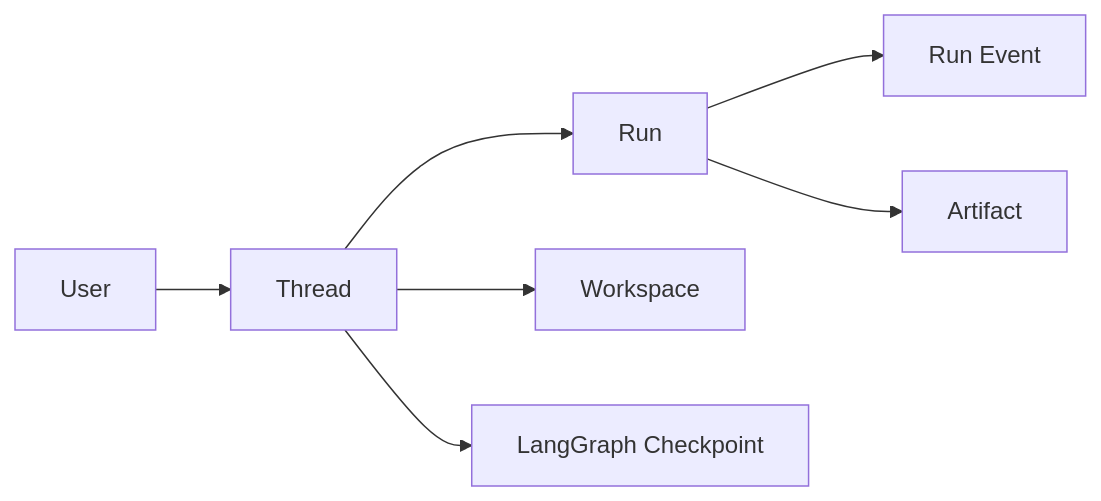
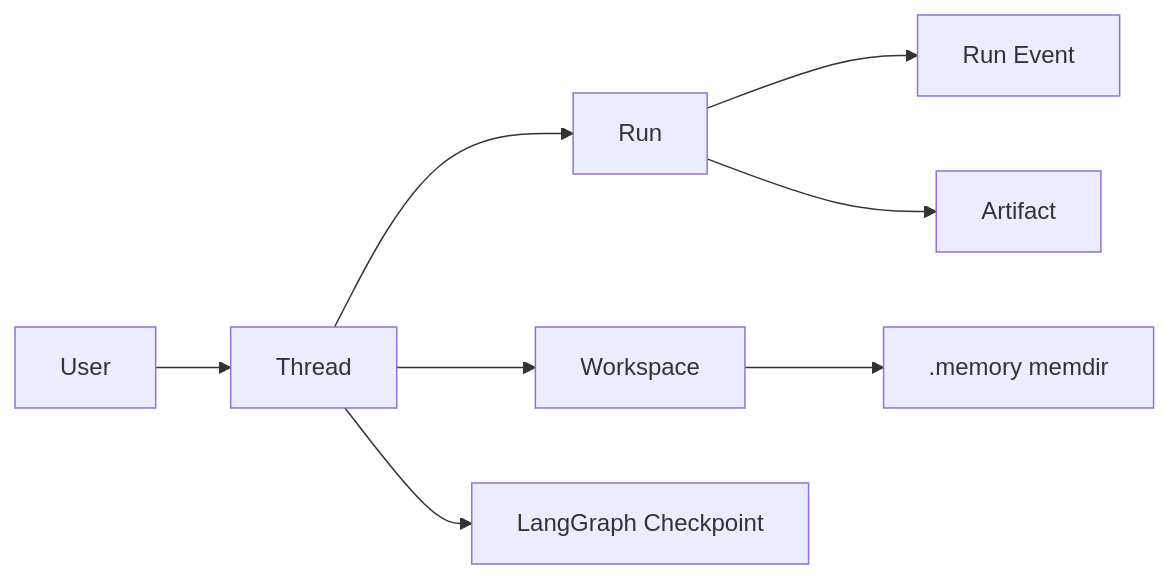
One commit to hxy2321548628/FinAgentPlatform changed the fourth of 4 diagrams in doc/01design/01architecture.md. Above: the diagram before and after it, drawn with Mermaid. The commit also changed other lines of this file and 20 other files, not shown here.

````diff
--- a/doc/01design/01architecture.md
+++ b/doc/01design/01architecture.md
@@ -241,9 +242,10 @@
 ```mermaid
 flowchart LR
     USER[User] --> THREAD[Thread]
     THREAD --> RUN[Run]
     RUN --> EVENT[Run Event]
     RUN --> ARTIFACT[Artifact]
     THREAD --> WORKSPACE[Workspace]
+    WORKSPACE --> MEMORY[.memory memdir]
     THREAD --> CHECKPOINT[LangGraph Checkpoint]
 ```
````
